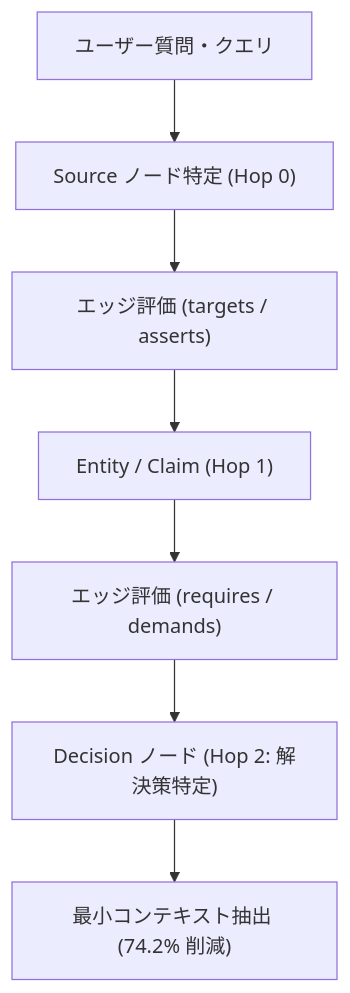
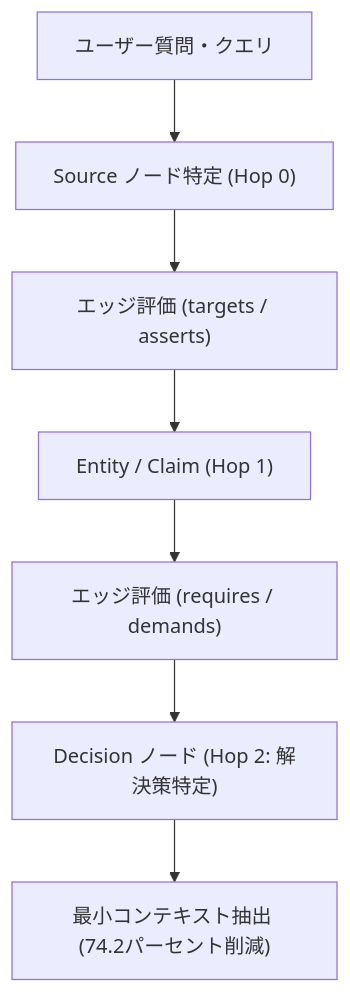
The fourth of 6 diagrams in docs/designs/DSN-14-graph_engineering_dashboard.md (rokujyouhitoma/arxiv-security-papers), drawn with Mermaid before and after one commit. The commit also changed other lines of this file, not shown here.

Commit message:
fix(docs): sanitize node labels in DSN-14 diagrams to eliminate lexer syntax errors

````diff
--- a/docs/designs/DSN-14-graph_engineering_dashboard.md
+++ b/docs/designs/DSN-14-graph_engineering_dashboard.md
@@ -317,9 +317,9 @@
 ```mermaid
 graph TD
     Q["ユーザー質問・クエリ"] --> S["Source ノード特定 (Hop 0)"]
     S --> R1["エッジ評価 (targets / asserts)"]
     R1 --> E["Entity / Claim (Hop 1)"]
     E --> R2["エッジ評価 (requires / demands)"]
     R2 --> D["Decision ノード (Hop 2: 解決策特定)"]
-    D --> C["最小コンテキスト抽出 (74.2% 削減)"]
+    D --> C["最小コンテキスト抽出 (74.2パーセント削減)"]
 ```
````
